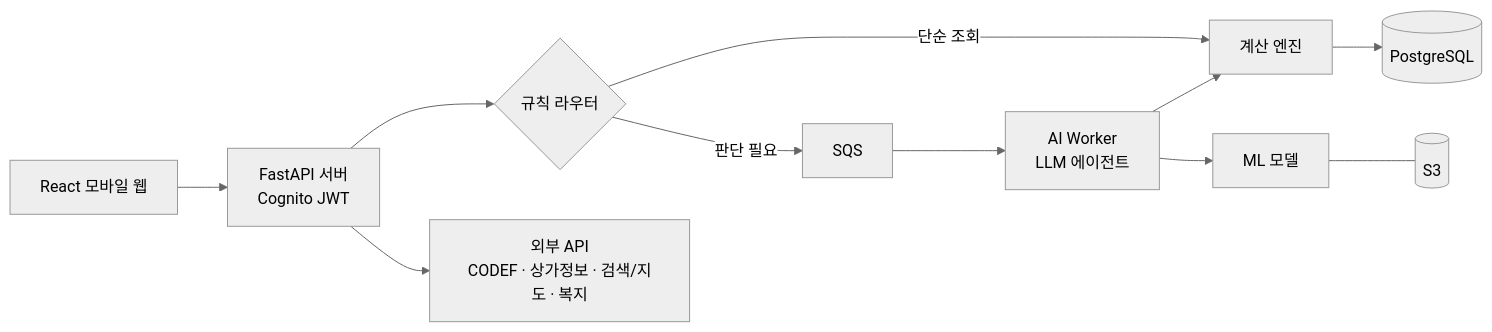
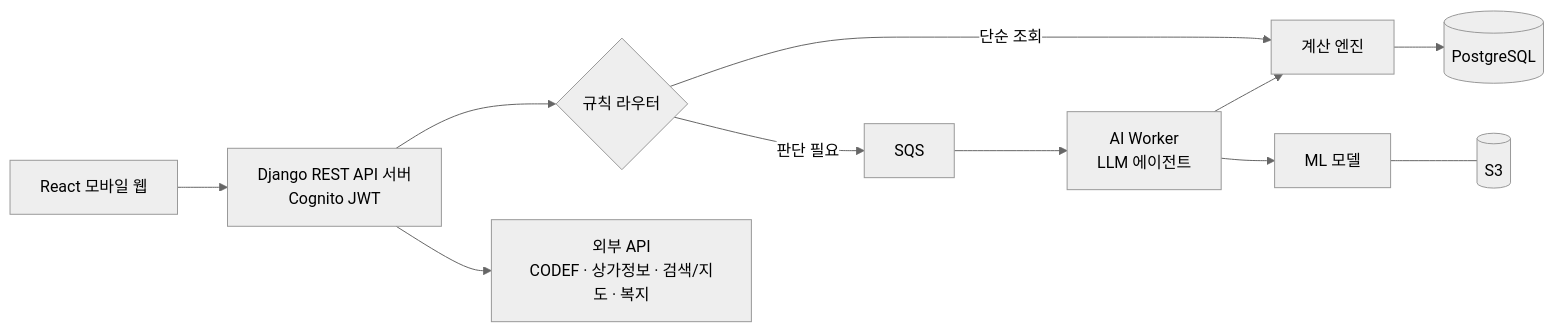
The diagram in README.md (20260528-skn-family-ai-33/SKN33-Final-4Team), drawn with Mermaid (neutral theme) before and after one commit. The commit also changed other lines of this file and 7 other files, not shown here.

````diff
--- a/README.md
+++ b/README.md
@@ -48,12 +48,12 @@
 ```mermaid
 flowchart LR
-    U[React 모바일 웹] --> API[FastAPI 서버<br/>Cognito JWT]
+    U[React 모바일 웹] --> API[Django REST API 서버<br/>Cognito JWT]
     API --> R{규칙 라우터}
     R -- 단순 조회 --> E[계산 엔진]
     R -- 판단 필요 --> Q[SQS] --> W[AI Worker<br/>LLM 에이전트]
     W --> E
     W --> ML[ML 모델]
     E --> DB[(PostgreSQL)]
     ML --- S3[(S3)]
     API --> EXT[외부 API<br/>CODEF · 상가정보 · 검색/지도 · 복지]
 ```
````
